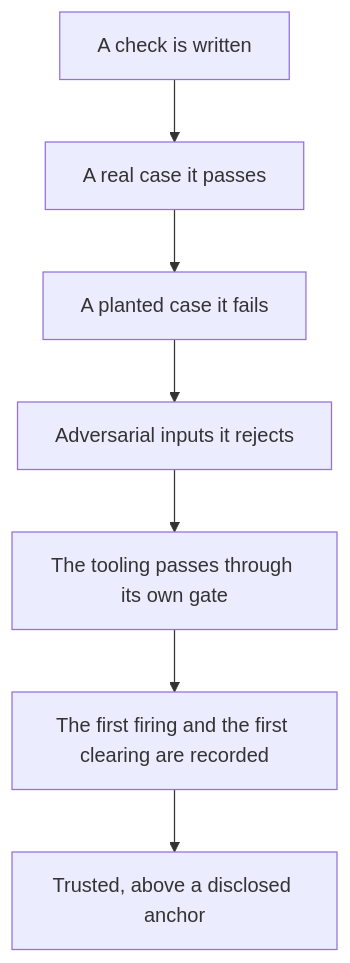
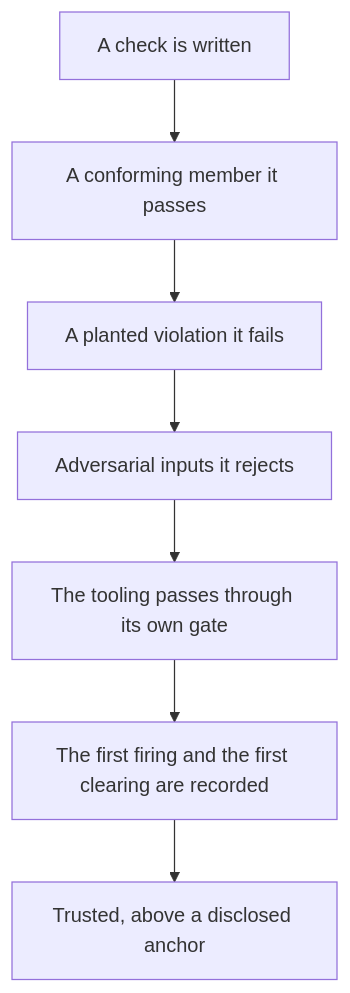
The third of 14 diagrams in VERIFY.md (Varietyz/Disciplined-AI-Software-Development), drawn with Mermaid before and after one commit. The commit also changed other lines of this file and 25 other files, not shown here.

````diff
--- a/VERIFY.md
+++ b/VERIFY.md
@@ -112,11 +106,11 @@
 ```mermaid
 flowchart TB
 written["A check is written"]
-real["A real case it passes"]
-planted["A planted case it fails"]
+real["A conforming member it passes"]
+planted["A planted violation it fails"]
 adversarial["Adversarial inputs it rejects"]
 self["The tooling passes through its own gate"]
 recorded["The first firing and the first clearing are recorded"]
 trusted["Trusted, above a disclosed anchor"]
 written --> real --> planted --> adversarial --> self --> recorded --> trusted
 ```
````
